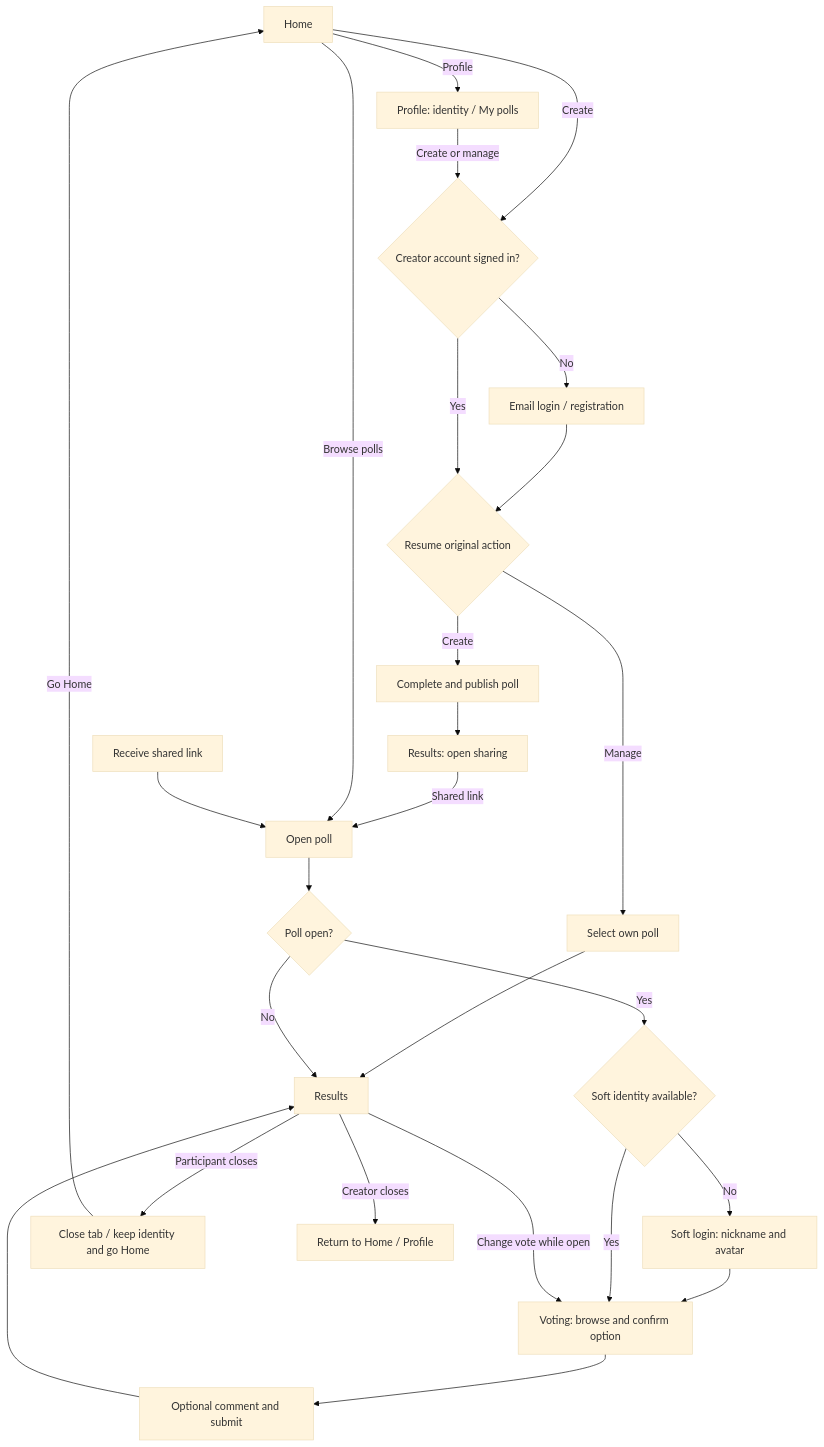
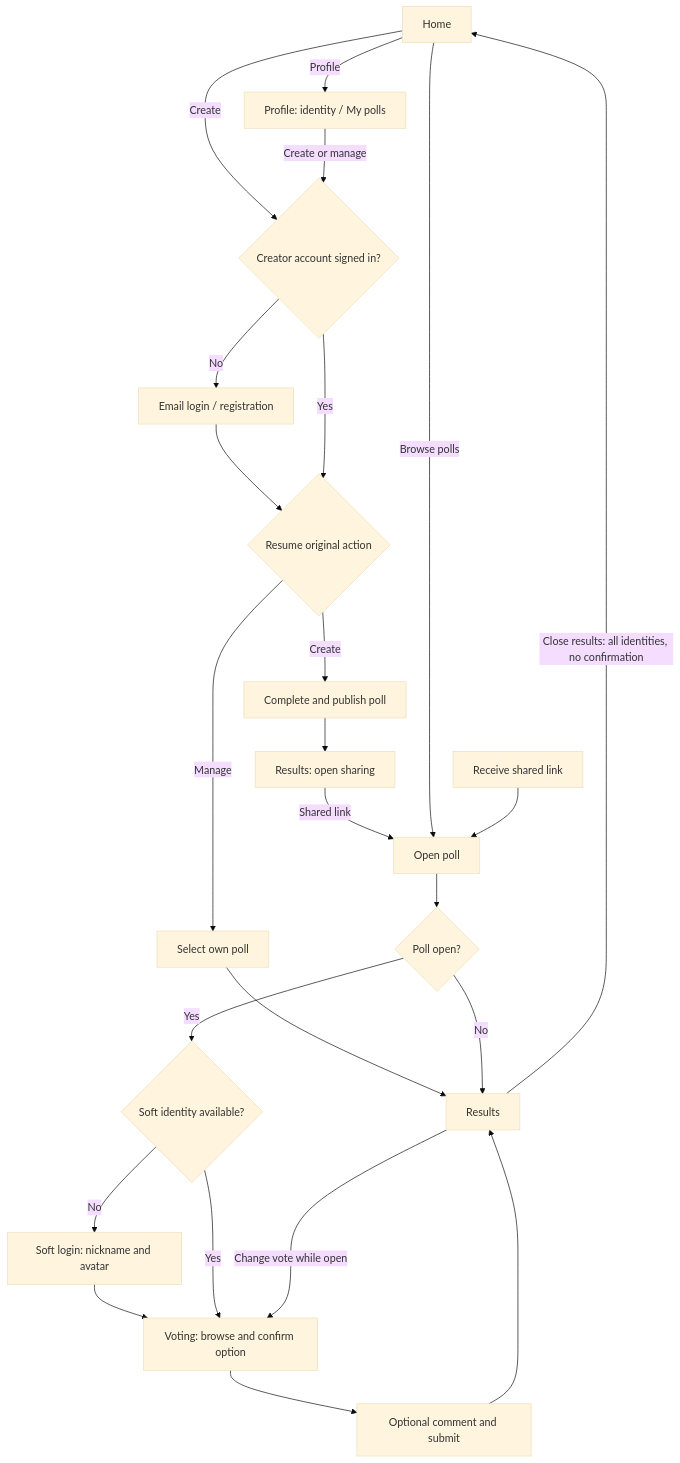
One commit to sd5913/The-Aliien-Repo changed the first of 2 diagrams in docs/UserFlow.en.md. Above: the diagram before and after it, drawn with Mermaid (base theme). The commit also changed other lines of this file and 4 other files, not shown here.

Commit message:
fix(voting): close results directly to home without confirmation

````diff
--- a/docs/UserFlow.en.md
+++ b/docs/UserFlow.en.md
@@ -9,28 +9,26 @@
 ```mermaid
 flowchart TD
     H[Home] -->|Create| A{Creator account signed in?}
     H -->|Profile| P[Profile: identity / My polls]
     P -->|Create or manage| A
     A -->|No| L[Email login / registration]
     L --> T{Resume original action}
     A -->|Yes| T
     T -->|Create| C[Complete and publish poll]
     T -->|Manage| M[Select own poll]
     C --> S[Results: open sharing]
     S -->|Shared link| E[Open poll]
     M --> R[Results]
     H -->|Browse polls| E
     LINK[Receive shared link] --> E
     E --> O{Poll open?}
     O -->|No| R
     O -->|Yes| I{Soft identity available?}
     I -->|No| J[Soft login: nickname and avatar]
     J --> V[Voting: browse and confirm option]
     I -->|Yes| V
     V --> B[Optional comment and submit]
     B --> R
     R -->|Change vote while open| V
-    R -->|Participant closes| X[Close tab / keep identity and go Home]
-    X -->|Go Home| H
-    R -->|Creator closes| BACK[Return to Home / Profile]
+    R -->|Close results: all identities, no confirmation| H
 ```
````
